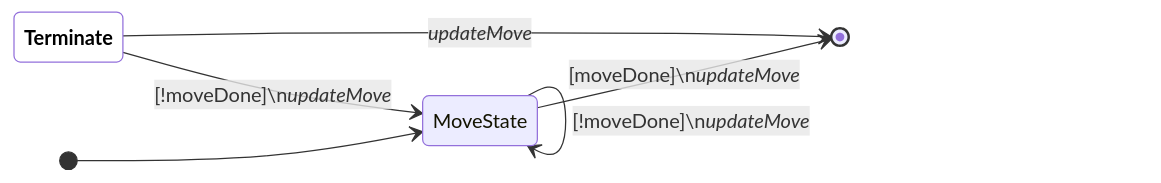
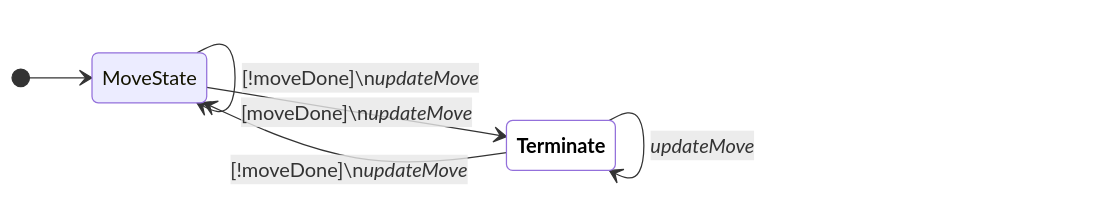
The seventh of 16 diagrams in docs/fsm-diagrams.md (UBC-Thunderbots/Software), drawn with Mermaid before and after one commit. The commit also changed other lines of this file and 1 other file, not shown here.

Commit message:
Combine end and terminate state

````diff
--- a/docs/fsm-diagrams.md
+++ b/docs/fsm-diagrams.md
@@ -123,12 +123,12 @@
 ```mermaid
 
 stateDiagram-v2
 classDef terminate fill:white,color:black,font-weight:bold
 direction LR
 [*] --> MoveState
 MoveState --> MoveState : [!moveDone]\n<i>updateMove</i>
-MoveState --> [*] : [moveDone]\n<i>updateMove</i>
+MoveState --> Terminate:::terminate : [moveDone]\n<i>updateMove</i>
 Terminate:::terminate --> MoveState : [!moveDone]\n<i>updateMove</i>
-Terminate:::terminate --> [*] : <i>updateMove</i>
+Terminate:::terminate --> Terminate:::terminate : <i>updateMove</i>
 
 ```
````
